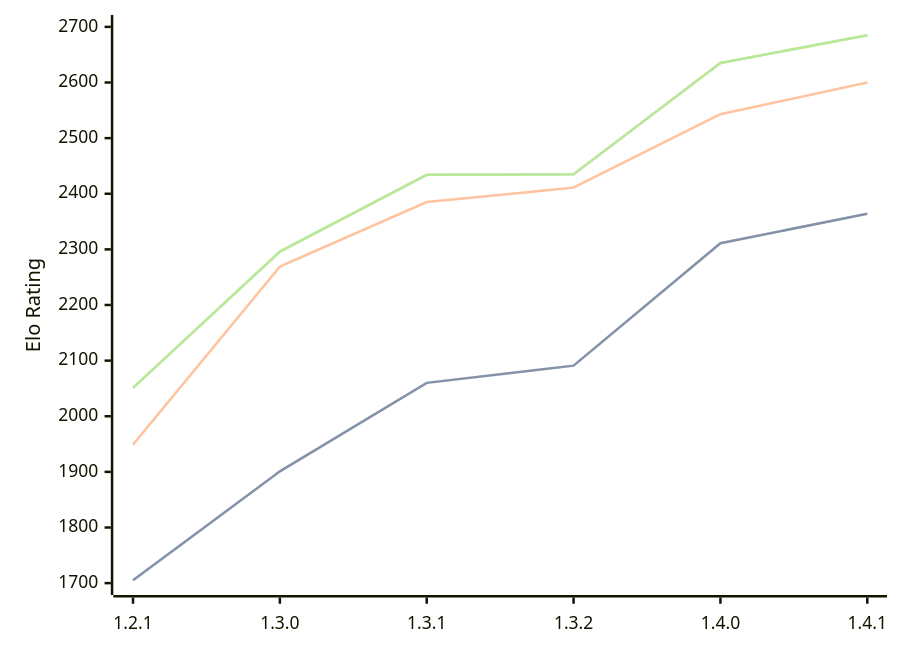
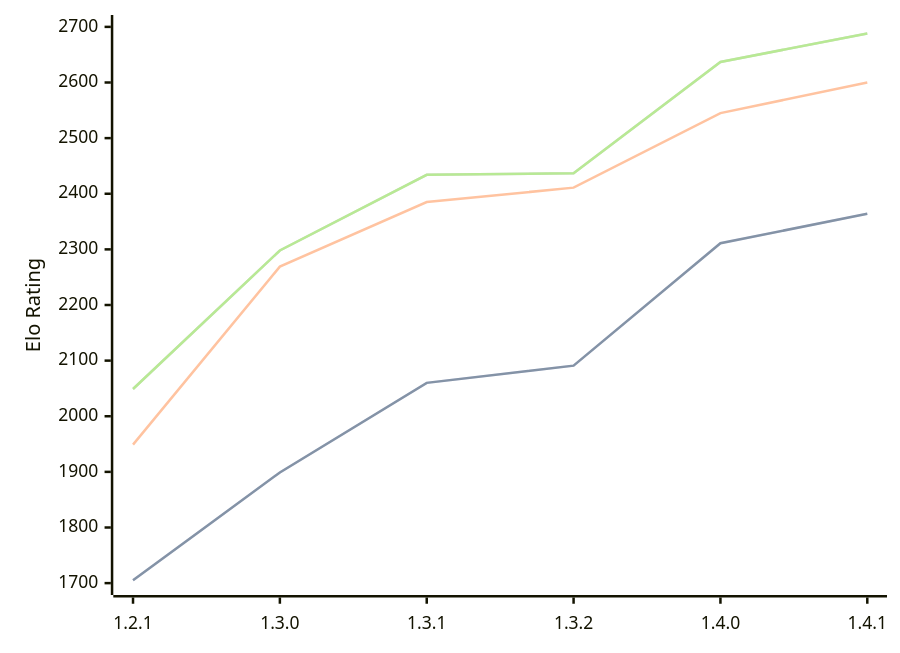
The diagram in engines/Chal.md (computer-chess-index/cci), drawn with Mermaid before and after one commit. The commit also changed other lines of this file, not shown here.

Commit message:
Update CCI Ratings (ELO VLTC) - 2026-05-14

````diff
--- a/engines/Chal.md
+++ b/engines/Chal.md
@@ -39,11 +39,11 @@
 ```mermaid
 %%{init: {"theme":"base","themeVariables":{"seriesColors:['#a3a3a3','#222221','#faa371']}}}%%
 xychart-beta
   x-axis ["1.2.1", "1.3.0", "1.3.1", "1.3.2", "1.4.0", "1.4.1"]
   y-axis "Elo Rating" 1700 --> 2700
-  line "STC (8.0+0.08s)" [1705, 1901, 2060, 2091, 2311, 2364]
-  line "STC (8.0+0.08s)" [1705, 1901, 2060, 2091, 2311, 2364]
-  line "LTC (60.0+0.60s)" [1949, 2269, 2385, 2411, 2543, 2600]
-  line "VLTC (2m24s+1.12s)" [2051, 2296, 2434, 2435, 2635, 2685]
-  line "VLTC (2m24s+1.12s)" [2051, 2296, 2434, 2435, 2635, 2685]
+  line "STC (8.0+0.08s)" [1705, 1899, 2060, 2091, 2311, 2364]
+  line "STC (8.0+0.08s)" [1705, 1899, 2060, 2091, 2311, 2364]
+  line "LTC (60.0+0.60s)" [1949, 2269, 2385, 2411, 2545, 2600]
+  line "VLTC (2m24s+1.12s)" [2049, 2298, 2434, 2437, 2637, 2688]
+  line "VLTC (2m24s+1.12s)" [2049, 2298, 2434, 2437, 2637, 2688]
 ```
````
